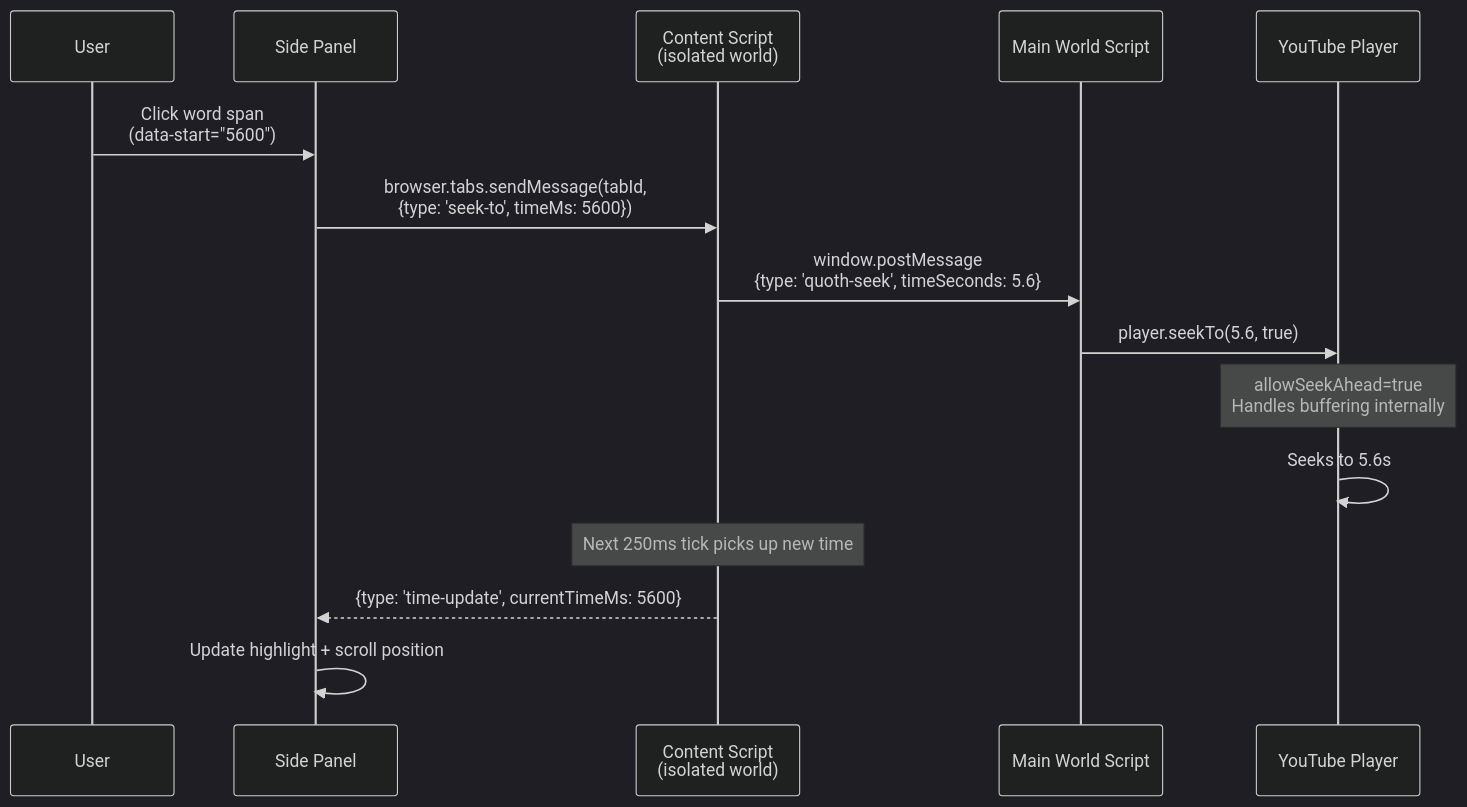
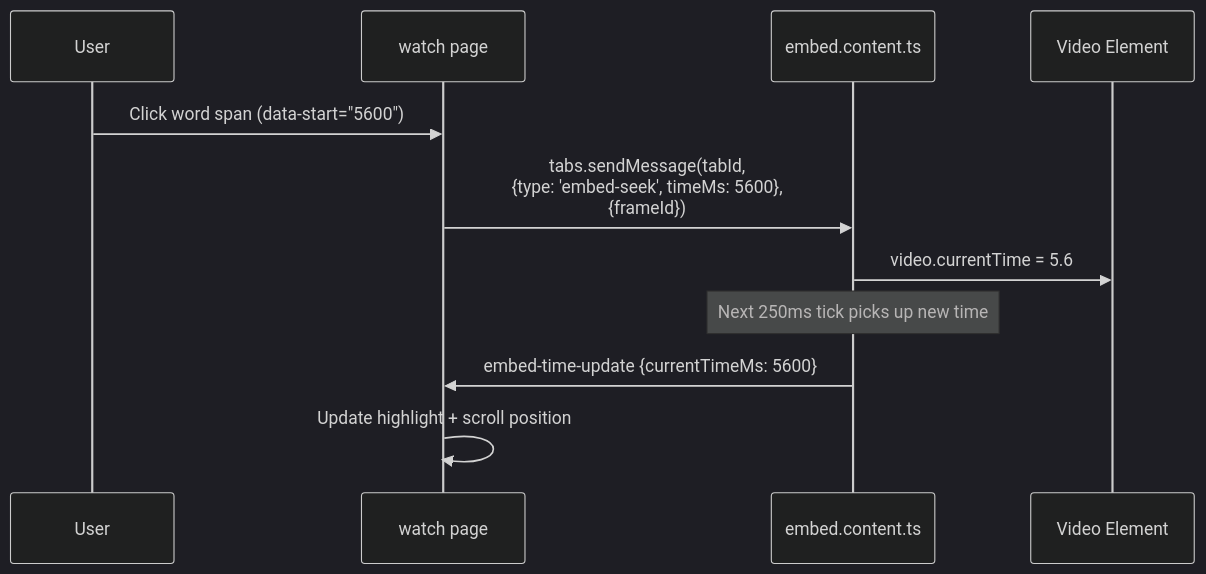
One commit to tednaleid/quoth changed the fourth of 6 diagrams in docs/spec/architecture.md. Above: the diagram before and after it, drawn with Mermaid (dark theme). The commit also changed other lines of this file and 2 other files, not shown here.

First line of the commit message:
docs: update architecture and testing docs for sidebar removal

````diff
--- a/docs/spec/architecture.md
+++ b/docs/spec/architecture.md
@@ -141,19 +120,14 @@
 ```mermaid
 sequenceDiagram
     participant User
-    participant SP as Side Panel
-    participant CS as Content Script<br/>(isolated world)
-    participant MW as Main World Script
-    participant YT as YouTube Player
+    participant WP as watch page
+    participant EC as embed.content.ts
+    participant VID as Video Element
 
-    User->>SP: Click word span<br/>(data-start="5600")
-    SP->>CS: browser.tabs.sendMessage(tabId,<br/>{type: 'seek-to', timeMs: 5600})
-    CS->>MW: window.postMessage<br/>{type: 'quoth-seek', timeSeconds: 5.6}
-    MW->>YT: player.seekTo(5.6, true)
-    Note over YT: allowSeekAhead=true<br/>Handles buffering internally
-    YT->>YT: Seeks to 5.6s
-
-    Note over CS: Next 250ms tick picks up new time
-    CS-->>SP: {type: 'time-update', currentTimeMs: 5600}
-    SP->>SP: Update highlight + scroll position
+    User->>WP: Click word span (data-start="5600")
+    WP->>EC: tabs.sendMessage(tabId,<br/>{type: 'embed-seek', timeMs: 5600},<br/>{frameId})
+    EC->>VID: video.currentTime = 5.6
+    Note over EC: Next 250ms tick picks up new time
+    EC->>WP: embed-time-update {currentTimeMs: 5600}
+    WP->>WP: Update highlight + scroll position
 ```
````
